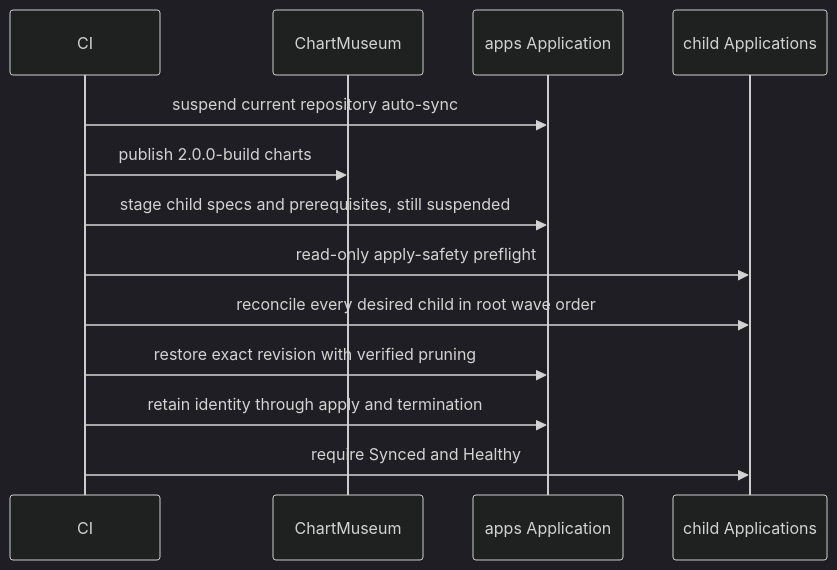
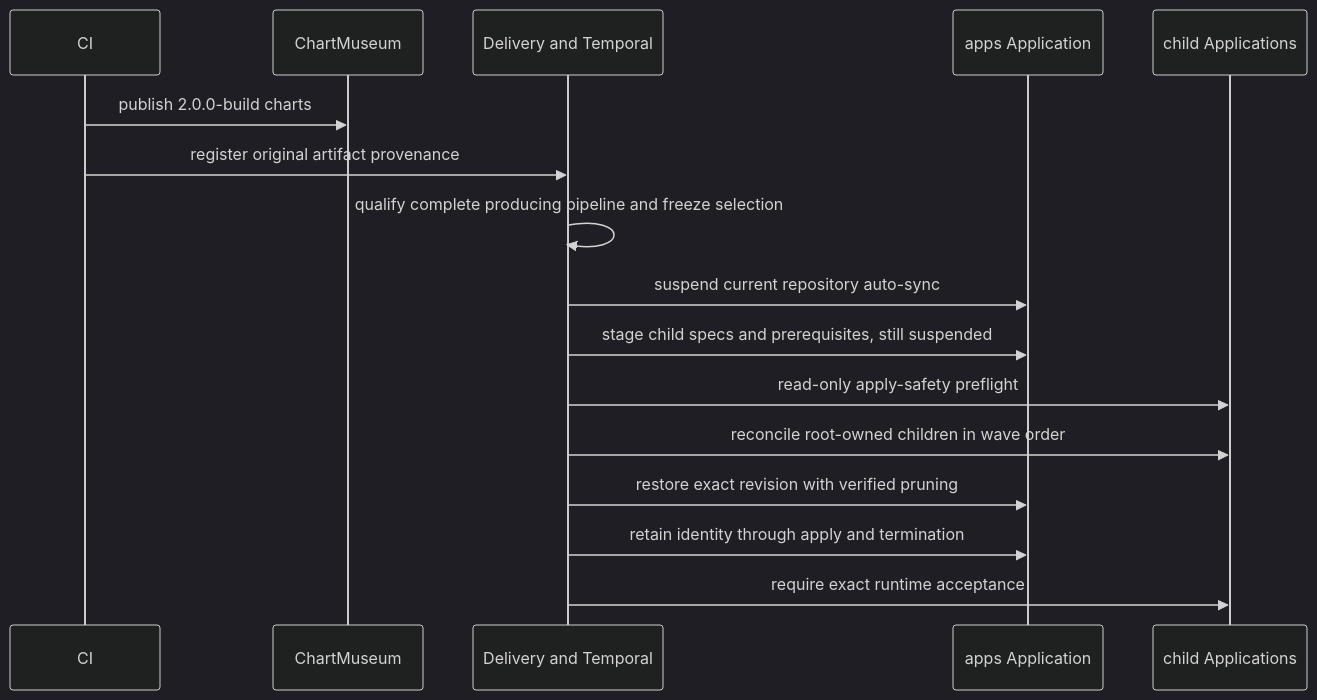
One commit to shepherdjerred/monorepo changed the diagram in packages/docs/wiki/src/content/docs/explanation/homelab/release-safety.md. Above: the diagram before and after it, drawn with Mermaid (dark theme). The commit also changed other lines of this file and 708 other files, not shown here.

````diff
--- a/packages/docs/wiki/src/content/docs/explanation/homelab/release-safety.md
+++ b/packages/docs/wiki/src/content/docs/explanation/homelab/release-safety.md
@@ -12,18 +19,21 @@
 ```mermaid
 sequenceDiagram
   accTitle: Homelab release sequence
-  accDescr: One CI release command suspends floating auto-sync, publishes an immutable chart set, stages exact child specifications and root prerequisites while children remain suspended, preflights and reconciles child workloads, restores the exact root tree with safe pruning, and checks scoped health.
+  accDescr: CI publishes immutable artifacts. Delivery qualifies and selects their exact versions, then executes guarded root reconciliation with owned operations and safe pruning.
   participant BK as CI
   participant CM as ChartMuseum
+  participant D as Delivery and Temporal
   participant Root as apps Application
   participant Child as child Applications
 
-  BK->>Root: suspend current repository auto-sync
   BK->>CM: publish 2.0.0-build charts
-  BK->>Root: stage child specs and prerequisites, still suspended
-  BK->>Child: read-only apply-safety preflight
-  BK->>Child: reconcile every desired child in root wave order
-  BK->>Root: restore exact revision with verified pruning
-  BK->>Root: retain identity through apply and termination
-  BK->>Child: require Synced and Healthy
+  BK->>D: register original artifact provenance
+  D->>D: qualify complete producing pipeline and freeze selection
+  D->>Root: suspend current repository auto-sync
+  D->>Root: stage child specs and prerequisites, still suspended
+  D->>Child: read-only apply-safety preflight
+  D->>Child: reconcile root-owned children in wave order
+  D->>Root: restore exact revision with verified pruning
+  D->>Root: retain identity through apply and termination
+  D->>Child: require exact runtime acceptance
 ```
````
